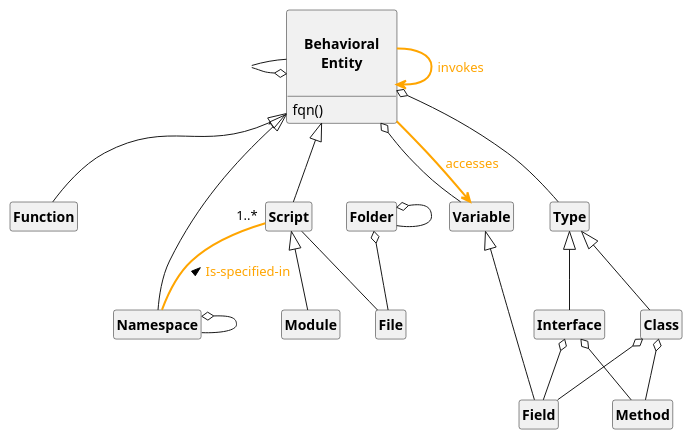
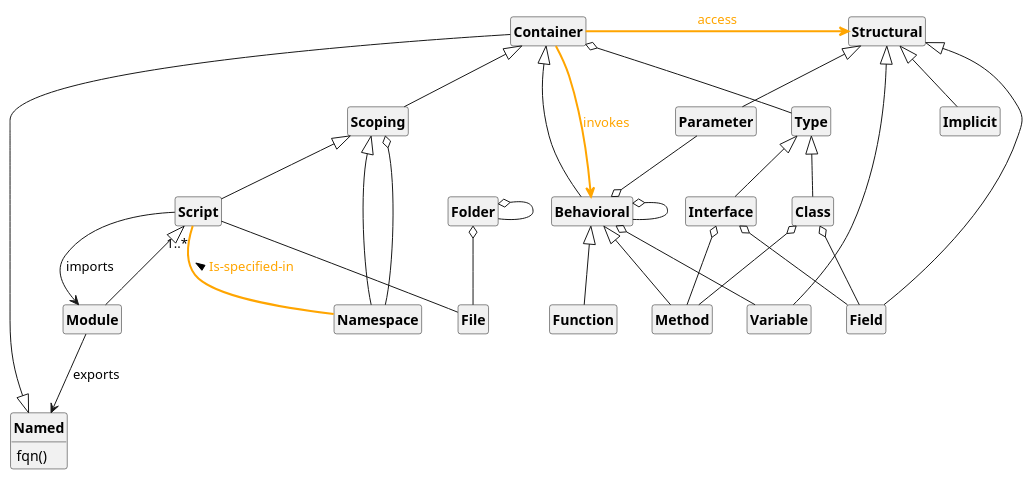
Before and after one commit to Arezoo-Nasr/FamixTypeScriptImporter: the diagram in TypeScript-metamodel.puml, drawn with PlantUML.

Commit message:
MM PlantUML updates

```diff
--- a/TypeScript-metamodel.puml
+++ b/TypeScript-metamodel.puml
@@ -1,56 +1,76 @@
-@startuml diagram name
+@startuml TypeScript-metamodel
 skinparam style strictuml
 hide empty methods
 hide empty attributes
 'skinparam Linetype ortho
 'skinparam groupInheritance 2
-class " " as hidden <<hidden>>
-hide stereotype
+' class " " as hidden <<hidden>>
+' hide stereotype
 skinparam class {
     FontSize 14
     FontStyle bold
     FontName "Arial"
-    BorderColor<<hidden>> transparent
-    BackgroundColor<<hidden>> transparent
-    FontSize<<hidden>> 0
+    ' BorderColor<<hidden>> transparent
+    ' BackgroundColor<<hidden>> transparent
+    ' FontSize<<hidden>> 0
 }
 
-class "\n    Behavioral    \nEntity\n" as BE {
+class Named  {
     fqn()
 }
-hidden -right-o BE
-BE -left- hidden
-'BE o-- BE
-BE -down[#orange,bold]-> BE : <color:orange>invokes
+class Container extends Named
+class Structural
 
+class Variable extends Structural
+class Field extends Structural
+class Parameter extends Structural
+class Implicit extends Structural
+
+Container -right[#orange,bold]-> Structural : <color:orange>access
+
+class "Behavioral" as BE extends Container
+' hidden -right-o BE
+' BE -left- hidden
+BE o-- BE
+' BE -down[#orange,bold]-> BE : <color:orange>invokes
+
+Parameter --o BE
+Container -[#orange,bold]-> BE : <color:orange>invokes
+
+class Scoping extends Container
 class Function extends BE
-class Script extends BE
+class Script extends Scoping
 Script "1..*" -[#orange,bold]- Namespace : <color:orange>Is-specified-in <
-class Namespace extends BE
-Namespace o-- Namespace
-class Variable
+Script --> Module : imports
+class Namespace extends Scoping
+Scoping o-- Namespace
+
 BE o-- Variable
-BE -[#orange,bold]-> Variable : <color:orange>accesses
+' BE -[#orange,bold]-> Variable : <color:orange>accesses
 
 class File
 class Folder
 Folder o-- File
 Folder o-- Folder
 Script -- File
 
 class Module extends Script
 
 class Type
 
-class Field extends Variable
+class Method extends BE
+
+' class Field extends Variable
 class Class extends Type
 Class o-- Field
 Class o-- Method
 
-BE o-- Type
+Container o-- Type
 
 class Interface extends Type
 Interface o-- Method
 Interface o-- Field
 
+Module --> Named : exports
+
 @enduml
```
